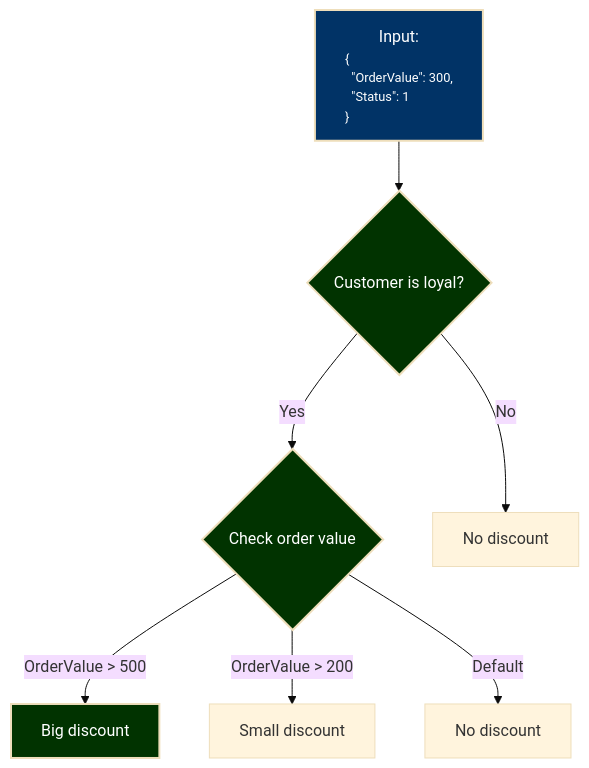
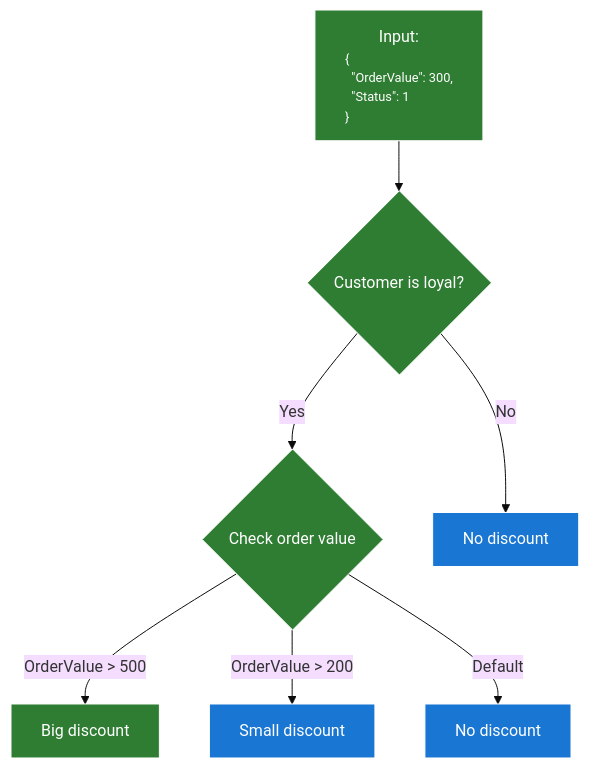
One commit to mr0406/cinnamon-trees changed the diagram in src/samples/discounts/CinnamonTrees.Samples.Discounts.Tests/MermaidVisualization/Snapshots/tree_with_trace_with_input.mmd. Above: the diagram before and after it, drawn with Mermaid (base theme). The commit also changed 11 other files, not shown here.

```diff
--- a/src/samples/discounts/CinnamonTrees.Samples.Discounts.Tests/MermaidVisualization/Snapshots/tree_with_trace_with_input.mmd
+++ b/src/samples/discounts/CinnamonTrees.Samples.Discounts.Tests/MermaidVisualization/Snapshots/tree_with_trace_with_input.mmd
@@ -1,18 +1,20 @@
 graph TD
 N1{"Customer is loyal?"}
 N1 -->|Yes| N11
 N11{"Check order value"}
 N11 -->|OrderValue > 500| N111
 N111["Big discount"]
 N11 -->|OrderValue > 200| N112
 N112["Small discount"]
 N11 -->|Default| N110
 N110["No discount"]
 N1 -->|No| N10
 N10["No discount"]
 
-classDef highlight fill:#013300,stroke-width:2px,color:#fff;
+classDef default fill:#1976d2,stroke:#ffffff,color:#ffffff;
+
+classDef highlight fill:#2e7d32,stroke:#ffffff,color:#ffffff;
 NInput["Input:<br><div style='text-align:left; font-size:0.8em; white-space:pre-wrap;'>{<br>  &quot;OrderValue&quot;: 300,<br>  &quot;Status&quot;: 1<br>}</div>"]
 NInput --> N1
-style NInput fill:#013366,stroke-width:2px,color:#fff;
+style NInput fill:#2e7d32,stroke:#ffffff,color:#ffffff;
 class N1,N11,N111 highlight;
```
